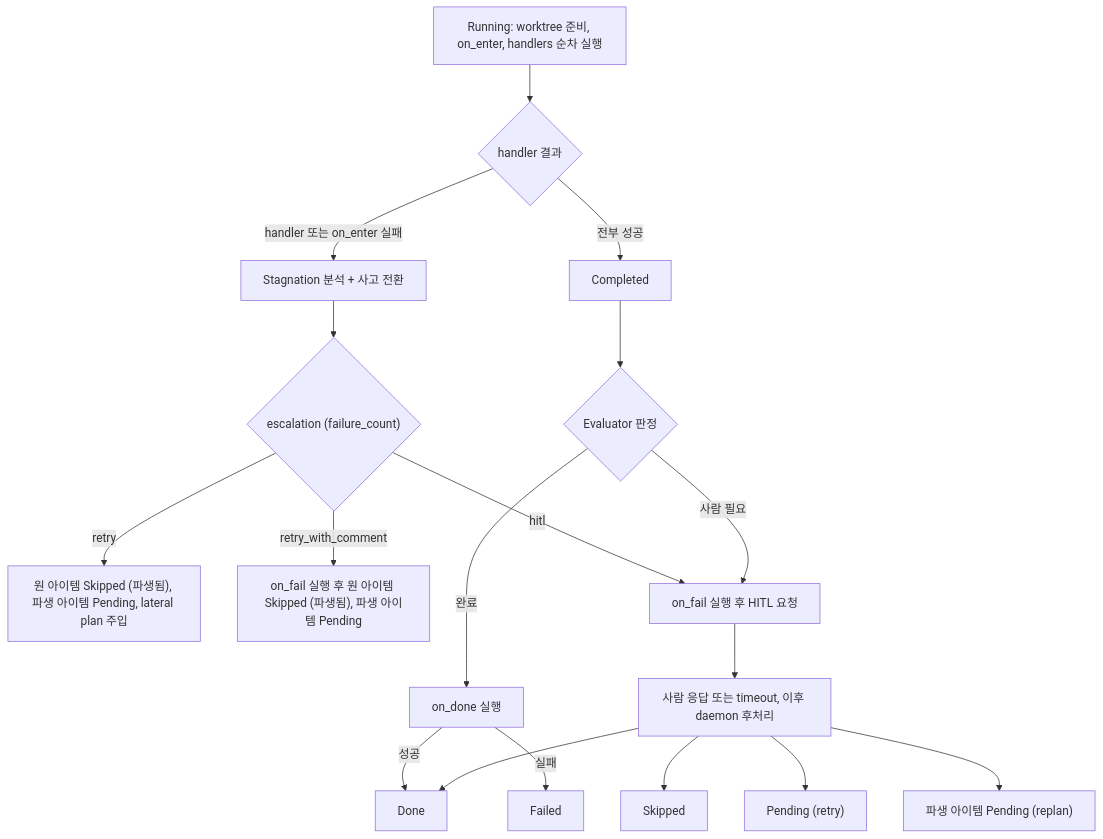
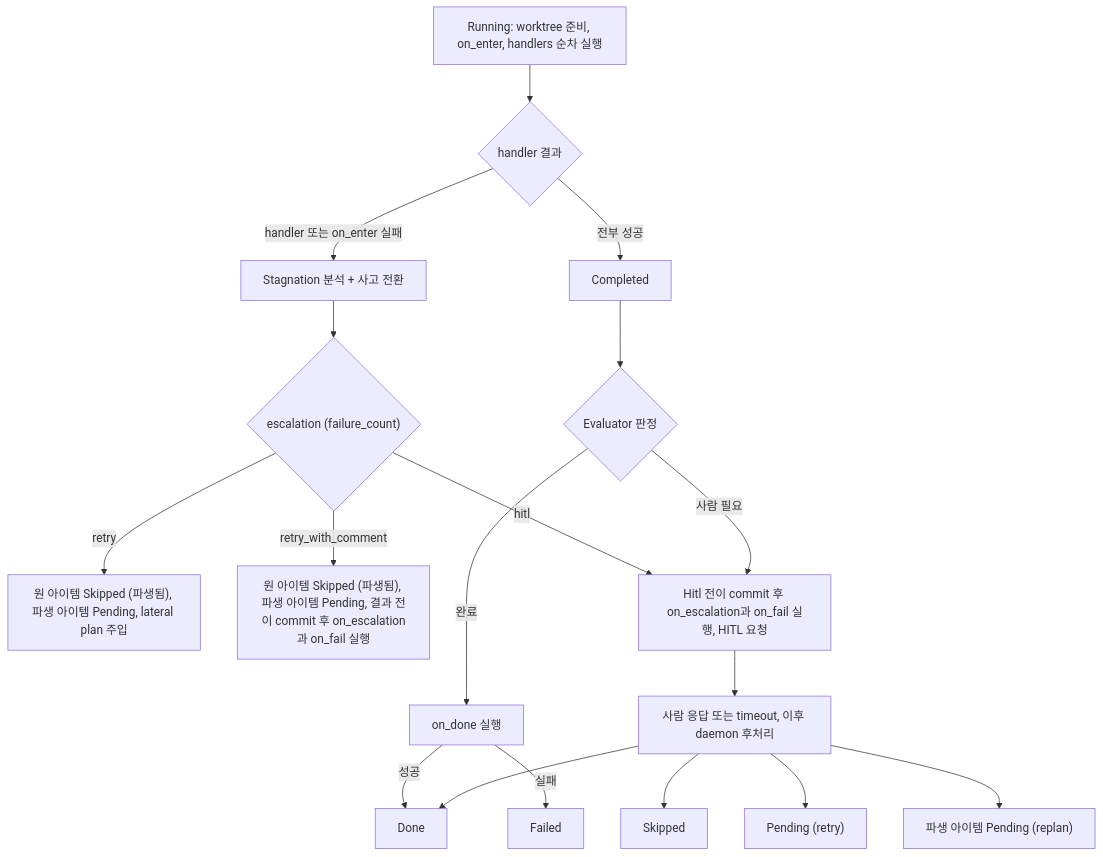
One commit to kys0213/belt changed the third of 5 diagrams in spec/DESIGN.md. Above: the diagram before and after it, drawn with Mermaid. The commit also changed 7 other files, not shown here.

````diff
--- a/spec/DESIGN.md
+++ b/spec/DESIGN.md
@@ -189,20 +189,20 @@
 ```mermaid
 flowchart TD
     R["Running: worktree 준비, on_enter, handlers 순차 실행"] --> S{"handler 결과"}
     S -- "전부 성공" --> C["Completed"]
     S -- "handler 또는 on_enter 실패" --> A["Stagnation 분석 + 사고 전환"]
     A --> F{"escalation (failure_count)"}
     F -- "retry" --> RT["원 아이템 Skipped (파생됨), 파생 아이템 Pending, lateral plan 주입"]
-    F -- "retry_with_comment" --> RC["on_fail 실행 후 원 아이템 Skipped (파생됨), 파생 아이템 Pending"]
-    F -- "hitl" --> H["on_fail 실행 후 HITL 요청"]
+    F -- "retry_with_comment" --> RC["원 아이템 Skipped (파생됨), 파생 아이템 Pending, 결과 전이 commit 후 on_escalation과 on_fail 실행"]
+    F -- "hitl" --> H["Hitl 전이 commit 후 on_escalation과 on_fail 실행, HITL 요청"]
     C --> E{"Evaluator 판정"}
     E -- "완료" --> OD["on_done 실행"]
     E -- "사람 필요" --> H
     OD -- "성공" --> D["Done"]
     OD -- "실패" --> FL["Failed"]
     H --> HR["사람 응답 또는 timeout, 이후 daemon 후처리"]
     HR --> D
     HR --> SK["Skipped"]
     HR --> PE["Pending (retry)"]
     HR --> PD["파생 아이템 Pending (replan)"]
 ```
````
